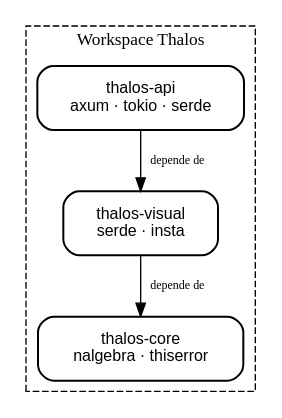
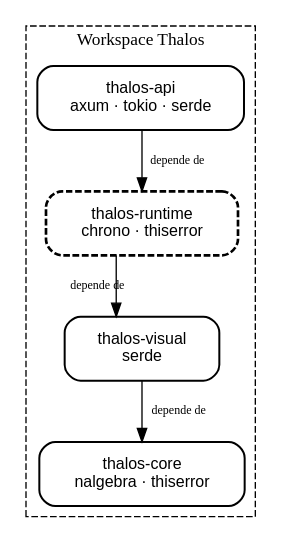
One commit to Void-CA/Thalos changed the diagram in docs/architecture.qmd. Above: the diagram before and after it, drawn with Graphviz. The commit also changed other lines of this file and 6 other files, not shown here.

First line of the commit message:
feat: expand README and documentation for Thalos architecture and runtime

````diff
--- a/docs/architecture.qmd
+++ b/docs/architecture.qmd
@@ -193,23 +200,27 @@
 ```{dot}
 //| fig-cap: "Mapa de dependencias del workspace"
 //| label: fig-dep-map
 digraph deps {
     rankdir=TB;
     splines=ortho;
     node [shape=box, style=rounded, penwidth=1.5, fontname="sans-serif", fontsize=12, margin="0.3,0.15"];
 
     subgraph cluster_crates {
         label="Workspace Thalos";
         style=dashed;
         penwidth=1;
         fontsize=13;
 
         api     [label="thalos-api\naxum · tokio · serde"];
-        visual  [label="thalos-visual\nserde · insta"];
+        runtime [label="thalos-runtime\nchrono · thiserror", style="rounded,dashed", penwidth=2];
+        visual  [label="thalos-visual\nserde"];
         core    [label="thalos-core\nnalgebra · thiserror"];
     }
 
     visual -> core [label="depende de", fontsize=9];
-    api -> visual  [label="depende de", fontsize=9];
+    runtime -> visual [label="depende de", fontsize=9];
+    api -> runtime  [label="depende de", fontsize=9];
+    edge [style=invis, weight=10];
+    runtime -> visual;
 }
 ```
````
